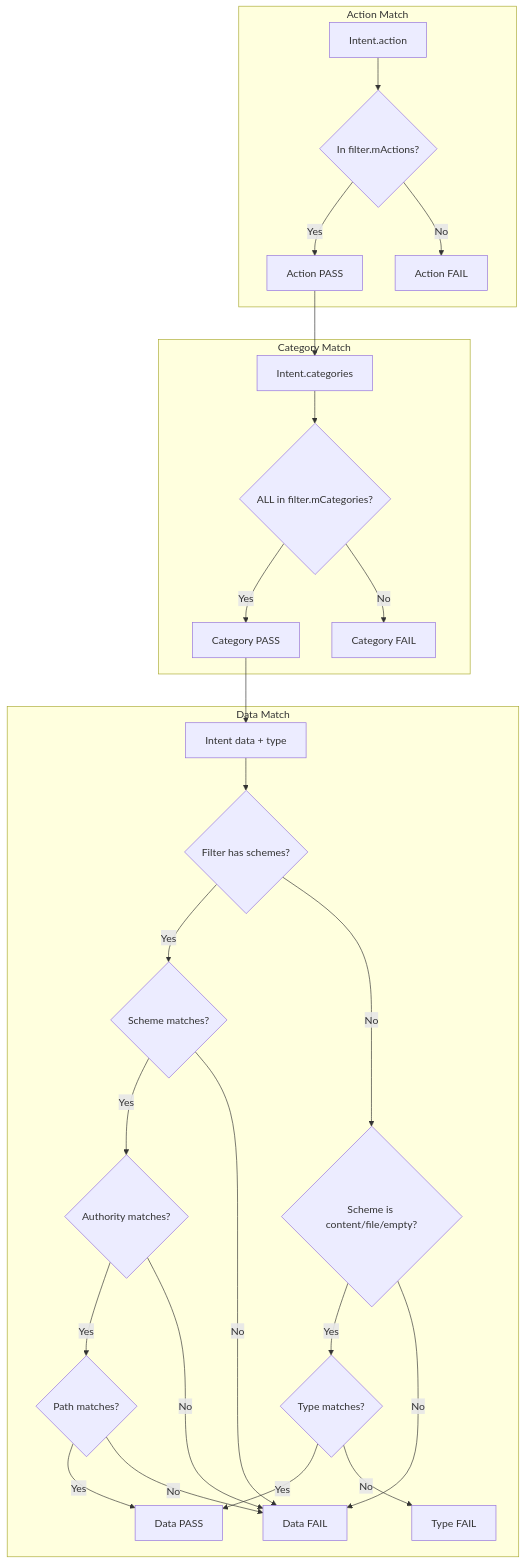
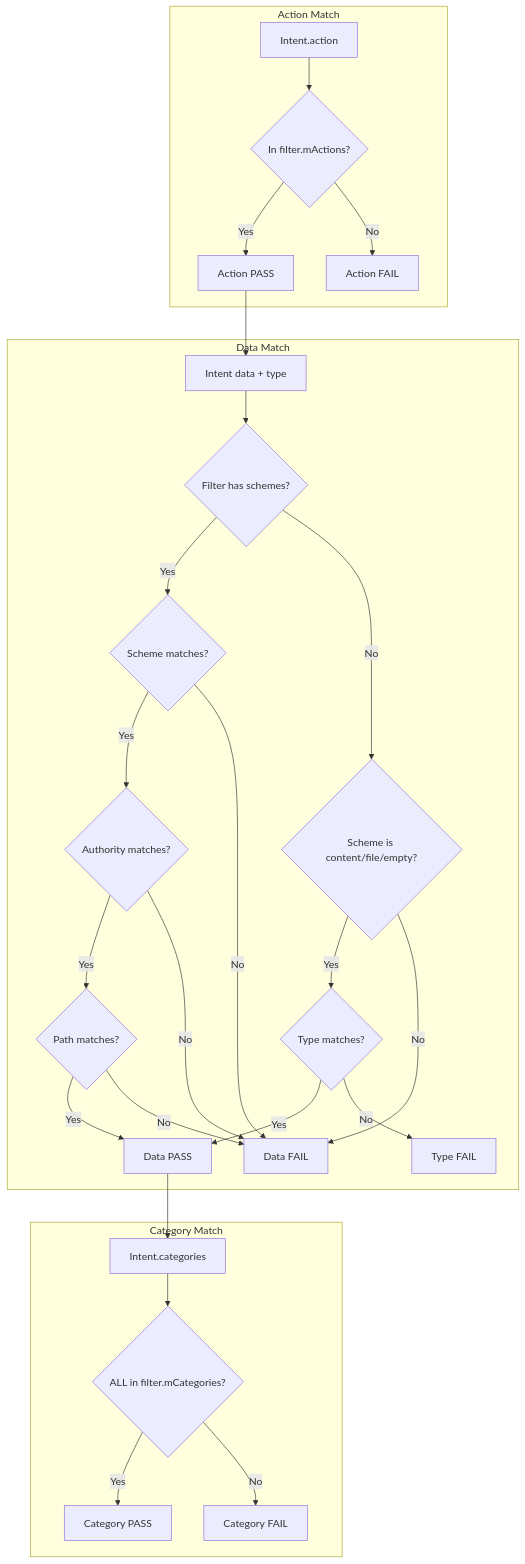
Diagram 20 of 31 in 21-intent-system.md (aospbooks/aosp-internal-book), drawn with Mermaid before and after one commit. The commit also changed other lines of this file and 218 other files, not shown here.

````diff
--- a/21-intent-system.md
+++ b/21-intent-system.md
@@ -1990,33 +2033,33 @@
 ```mermaid
 flowchart TD
     subgraph "Action Match"
         A1[Intent.action] --> A2{In filter.mActions?}
         A2 -->|Yes| A3[Action PASS]
         A2 -->|No| A4[Action FAIL]
-    end
-
-    subgraph "Category Match"
-        C1[Intent.categories] --> C2{ALL in filter.mCategories?}
-        C2 -->|Yes| C3[Category PASS]
-        C2 -->|No| C4[Category FAIL]
     end
 
     subgraph "Data Match"
         D1[Intent data + type] --> D2{Filter has schemes?}
         D2 -->|Yes| D3{Scheme matches?}
         D3 -->|Yes| D4{Authority matches?}
         D4 -->|Yes| D5{Path matches?}
         D5 -->|Yes| D6[Data PASS]
         D3 -->|No| D7[Data FAIL]
         D4 -->|No| D7
         D5 -->|No| D7
         D2 -->|No| D8{Scheme is content/file/empty?}
         D8 -->|Yes| D9{Type matches?}
         D8 -->|No| D7
         D9 -->|Yes| D6
         D9 -->|No| D10[Type FAIL]
     end
 
-    A3 --> C1
-    C3 --> D1
+    subgraph "Category Match"
+        C1[Intent.categories] --> C2{ALL in filter.mCategories?}
+        C2 -->|Yes| C3[Category PASS]
+        C2 -->|No| C4[Category FAIL]
+    end
+
+    A3 --> D1
+    D6 --> C1
 ```
````
